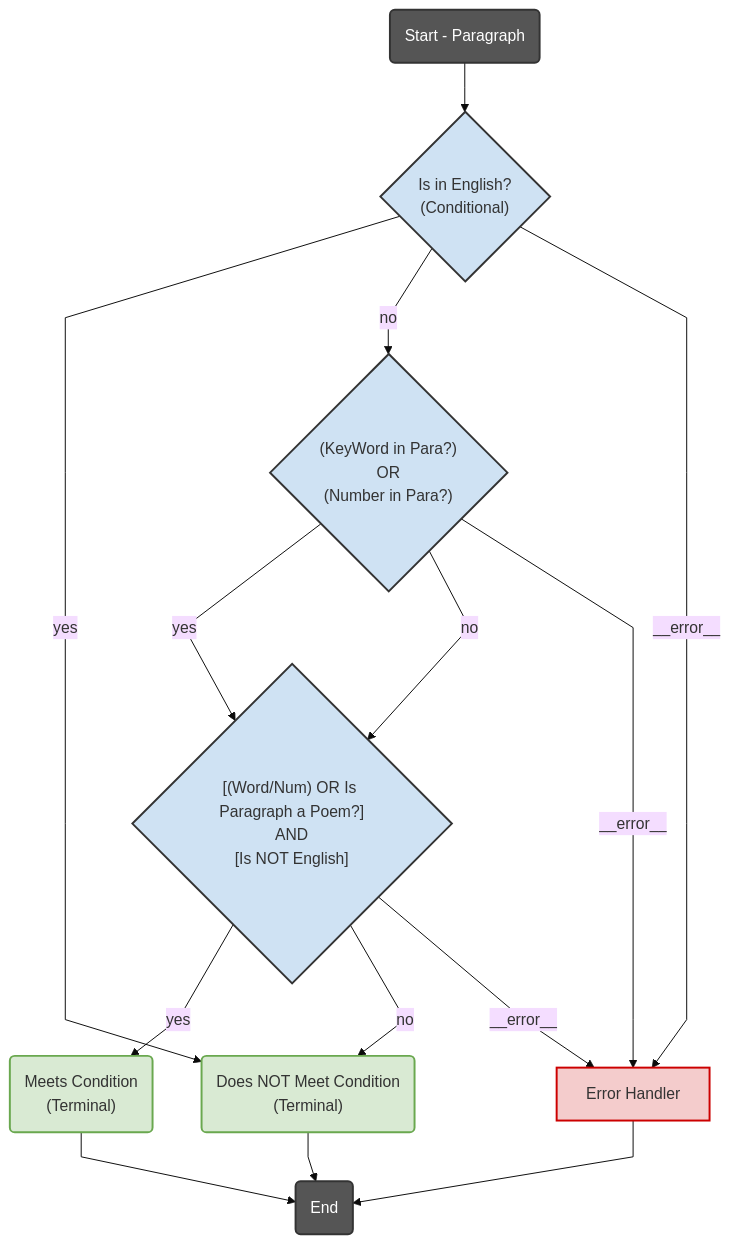
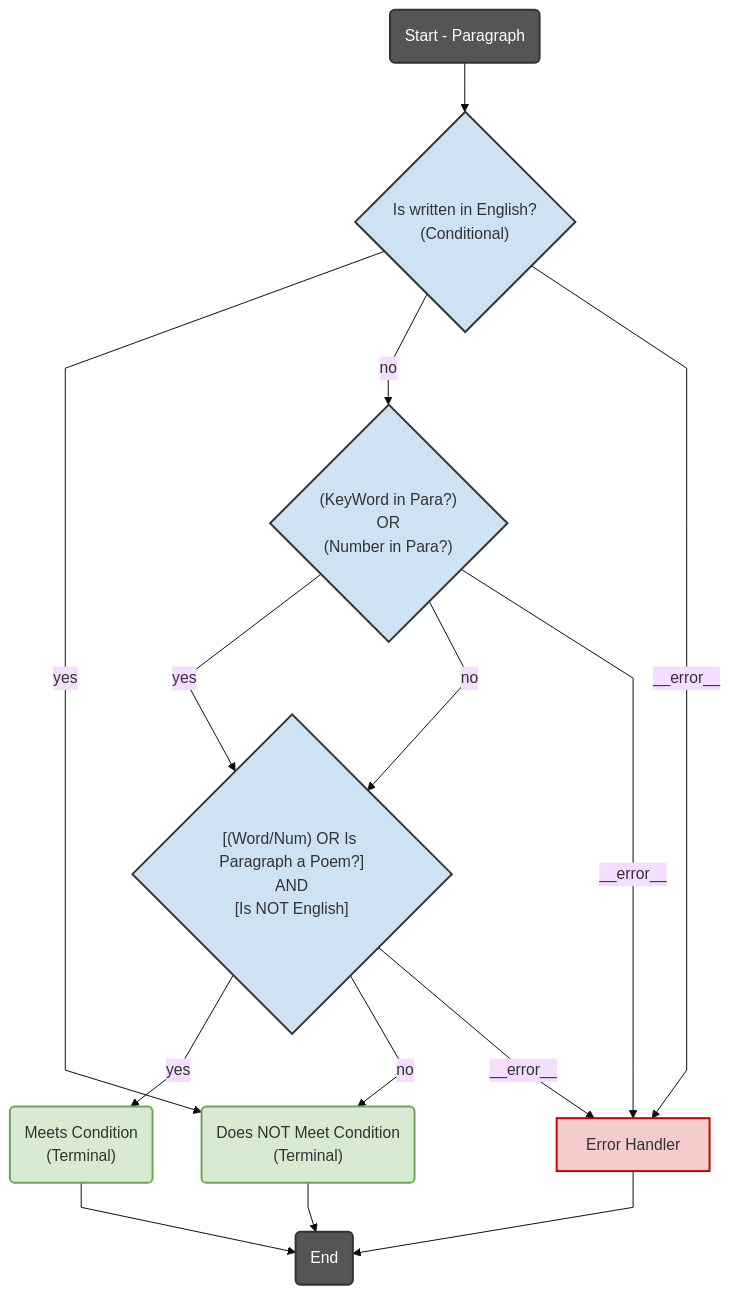
Before and after one commit to wilmandj/langgraph_decision_engine: the second of 2 diagrams in README.md, drawn with Mermaid (base theme).

````diff
--- a/README.md
+++ b/README.md
@@ -148,58 +148,58 @@
 ```mermaid
 ---
 config:
   flowchart:
     curve: linear
 ---
 graph TD;
     %% Node Definitions (Simplified Syntax with <br/> and Abstraction)
     __start__("Start - Paragraph"):::startEndNode
-    wp_check_is_english{"Is in English?<br/>(Conditional)"}:::conditionalNode
+    wp_check_is_english{"Is written in English?<br/>(Conditional)"}:::conditionalNode
     wp_check_word_or_num{"(KeyWord in Para?)<br/>OR<br/>(Number in Para?)"}:::conditionalNode
       %% Abstracted Node 1
     wp_check_final_condition{"[(Word/Num) OR Is Paragraph a Poem?]<br/>AND<br/>[Is NOT English]"}:::conditionalNode
       %% Abstracted Node 2 (Represents final AND logic outcome)
     wp_terminal_meets_condition("Meets Condition<br/>(Terminal)"):::terminalNode
     wp_terminal_does_not_meet_condition("Does NOT Meet Condition<br/>(Terminal)"):::terminalNode
     wp_error_handler_complex["Error Handler"]:::errorNode
     __end__("End"):::startEndNode
 
     %% Edges (Connections - Manually Rerouted for Abstraction)
     __start__ --> wp_check_is_english;
 
     wp_error_handler_complex --> __end__;
     wp_terminal_does_not_meet_condition --> __end__;
     wp_terminal_meets_condition --> __end__;
 
     %% If English, fails condition
     wp_check_is_english -- "yes" --> wp_terminal_does_not_meet_condition;
     %% If not English, check the combined Word/Number condition
     wp_check_is_english -- "no" --> wp_check_word_or_num;
     wp_check_is_english -- "__error__" --> wp_error_handler_complex;
       %% Error from initial check
 
     %% After checking Word OR Num, check the final combined condition (including Is Poem?)
     wp_check_word_or_num -- "yes" --> wp_check_final_condition;
     wp_check_word_or_num -- "no" --> wp_check_final_condition;
     wp_check_word_or_num -- "__error__" --> wp_error_handler_complex;
       %% Represent potential errors from underlying checks
 
     %% Route based on the final abstracted condition result
     wp_check_final_condition -- "yes" --> wp_terminal_meets_condition;
     wp_check_final_condition -- "no" --> wp_terminal_does_not_meet_condition;
     wp_check_final_condition -- "__error__" --> wp_error_handler_complex;
       %% Represent potential errors from underlying checks
 
 
     %% Class Definitions (Styling - Kept the same)
     classDef conditionalNode fill:#cfe2f3,stroke:#333,stroke-width:2px;
     classDef llmNode fill:#d9d2e9,stroke:#333,stroke-width:2px,color:#000000;
     classDef gateNode fill:#fce5cd,stroke:#e69138,stroke-width:2px;
     classDef terminalNode fill:#d9ead3,stroke:#6aa84f,stroke-width:2px;
     classDef actionNode fill:#f3f3f3,stroke:#666,stroke-width:2px,stroke-dasharray: 5 5;
     classDef classificationNode fill:#d0e0e3,stroke:#45818e,stroke-width:2px;
     classDef errorNode fill:#f4cccc,stroke:#cc0000,stroke-width:2px;
     classDef unknownNode fill:#eee,stroke:#333,stroke-width:1px;
     classDef startEndNode fill:#555,stroke:#333,stroke-width:2px,color:#fff;
 
 ```
````
